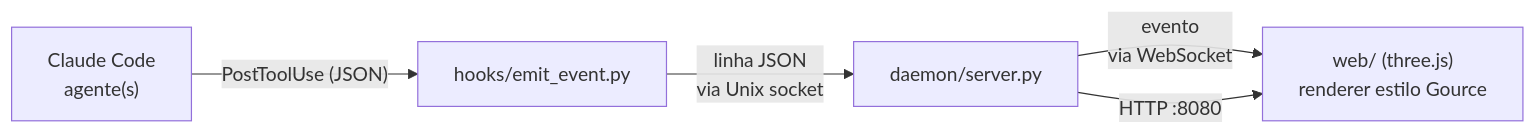
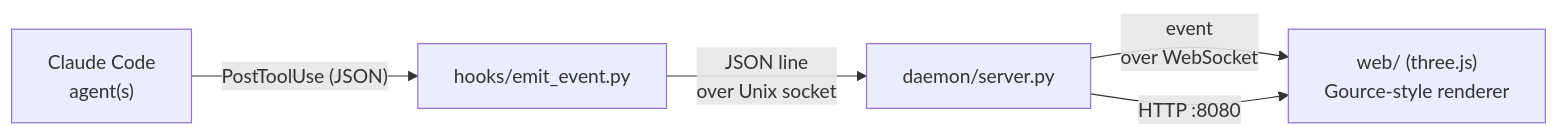
Before and after one commit to BrunoCremaFerreira/graph-agents: the diagram in README.md, drawn with Mermaid. The commit also changed other lines of this file and 1 other file, not shown here.

First line of the commit message:
Translate CLAUDE.md and README.md to English

````diff
--- a/README.md
+++ b/README.md
@@ -22,7 +22,7 @@
 ```mermaid
 flowchart LR
-    A["Claude Code<br/>agente(s)"] -->|"PostToolUse (JSON)"| B["hooks/emit_event.py"]
-    B -->|"linha JSON<br/>via Unix socket"| C["daemon/server.py"]
-    C -->|"evento<br/>via WebSocket"| D["web/ (three.js)<br/>renderer estilo Gource"]
+    A["Claude Code<br/>agent(s)"] -->|"PostToolUse (JSON)"| B["hooks/emit_event.py"]
+    B -->|"JSON line<br/>over Unix socket"| C["daemon/server.py"]
+    C -->|"event<br/>over WebSocket"| D["web/ (three.js)<br/>Gource-style renderer"]
     C -->|"HTTP :8080"| D
 ```
````
